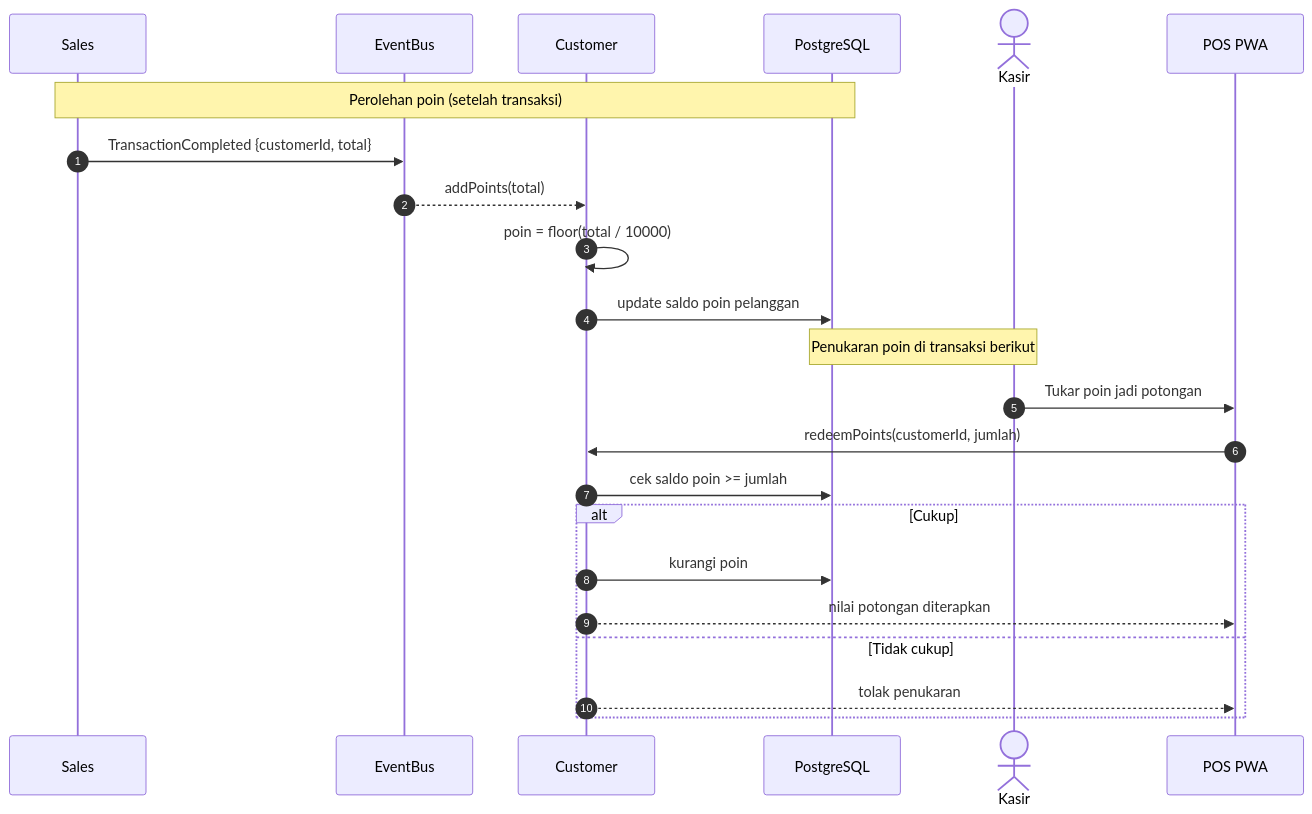
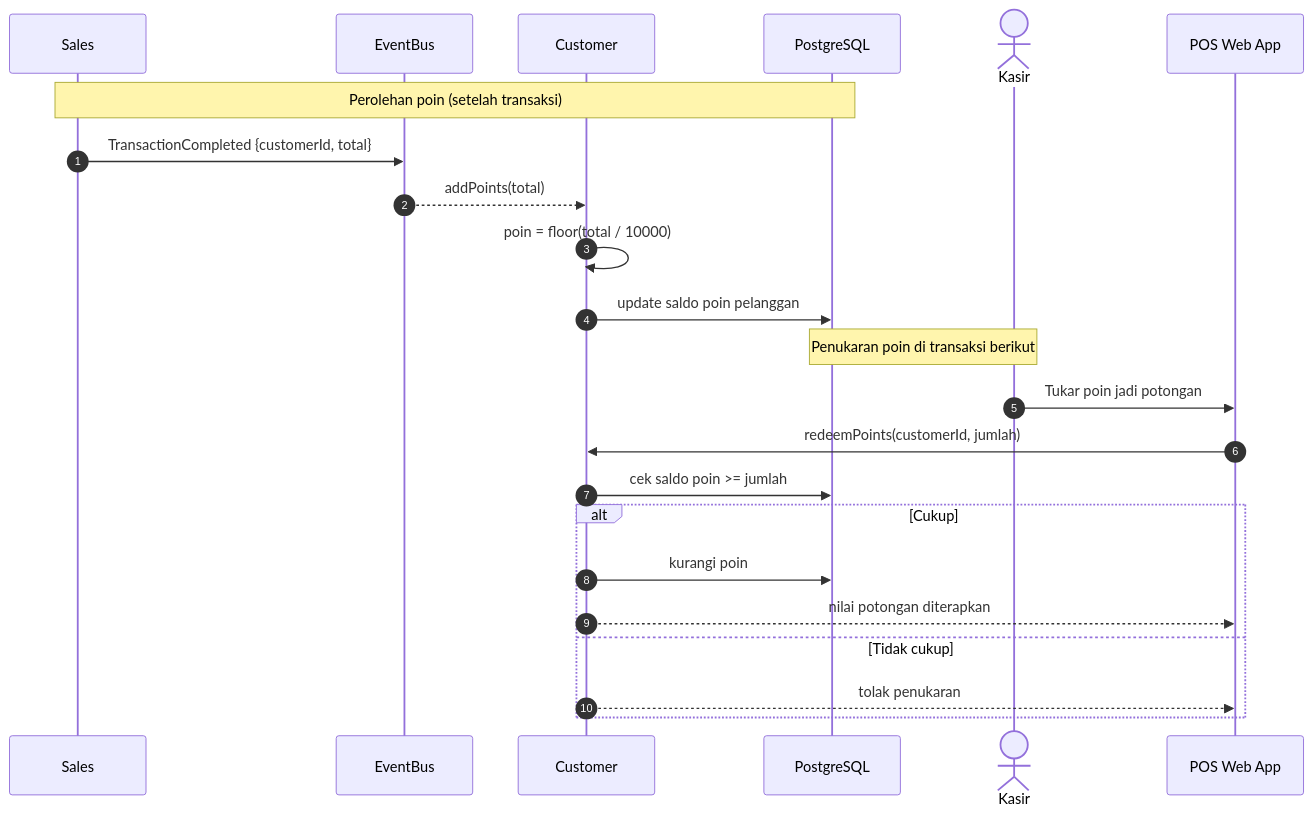
Before and after one commit to whaone/POS2026: diagram 12 of 31 in Sequence_Diagram.md, drawn with Mermaid. The commit also changed other lines of this file and 3 other files, not shown here.

````diff
--- a/Sequence_Diagram.md
+++ b/Sequence_Diagram.md
@@ -419,27 +478,27 @@
 ```mermaid
 sequenceDiagram
     autonumber
     participant SAL as Sales
     participant BUS as EventBus
     participant CUS as Customer
     participant DB as PostgreSQL
     actor Kasir
-    participant PWA as POS PWA
+    participant POS as POS Web App
  
     Note over SAL,DB: Perolehan poin (setelah transaksi)
     SAL->>BUS: TransactionCompleted {customerId, total}
     BUS-->>CUS: addPoints(total)
     CUS->>CUS: poin = floor(total / 10000)
     CUS->>DB: update saldo poin pelanggan
  
     Note over Kasir,DB: Penukaran poin di transaksi berikut
-    Kasir->>PWA: Tukar poin jadi potongan
-    PWA->>CUS: redeemPoints(customerId, jumlah)
+    Kasir->>POS: Tukar poin jadi potongan
+    POS->>CUS: redeemPoints(customerId, jumlah)
     CUS->>DB: cek saldo poin >= jumlah
     alt Cukup
         CUS->>DB: kurangi poin
-        CUS-->>PWA: nilai potongan diterapkan
+        CUS-->>POS: nilai potongan diterapkan
     else Tidak cukup
-        CUS-->>PWA: tolak penukaran
+        CUS-->>POS: tolak penukaran
     end
 ```
````
